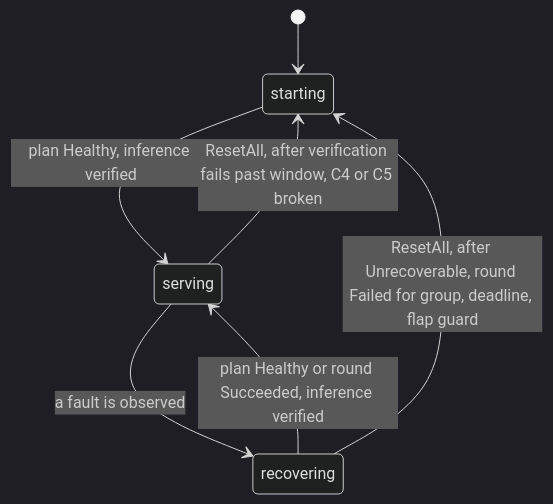
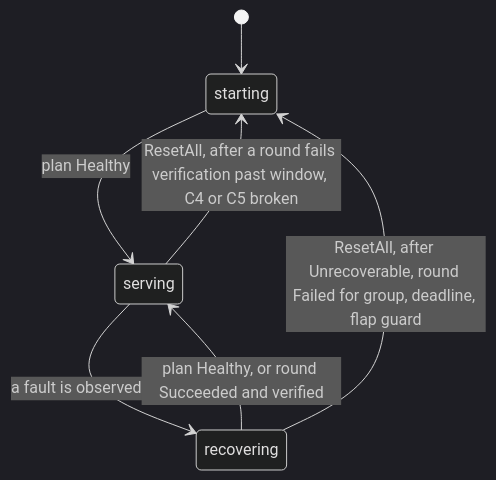
The first of 3 diagrams in docs/design/contracts/controller.md (Etelis/llm-d-resiliency-operator), drawn with Mermaid (dark theme) before and after one commit. The commit also changed other lines of this file and 3 other files, not shown here.

First line of the commit message:
Verify only after a round IRO sent

````diff
--- a/docs/design/contracts/controller.md
+++ b/docs/design/contracts/controller.md
@@ -153,9 +153,9 @@
 ```mermaid
 stateDiagram-v2
   [*] --> starting
-  starting --> serving: plan Healthy, inference verified
+  starting --> serving: plan Healthy
   serving --> recovering: a fault is observed
-  recovering --> serving: plan Healthy or round Succeeded, inference verified
-  serving --> starting: ResetAll, after verification fails past window, C4 or C5 broken
+  recovering --> serving: plan Healthy, or round Succeeded and verified
+  serving --> starting: ResetAll, after a round fails verification past window, C4 or C5 broken
   recovering --> starting: ResetAll, after Unrecoverable, round Failed for group, deadline, flap guard
 ```
````
